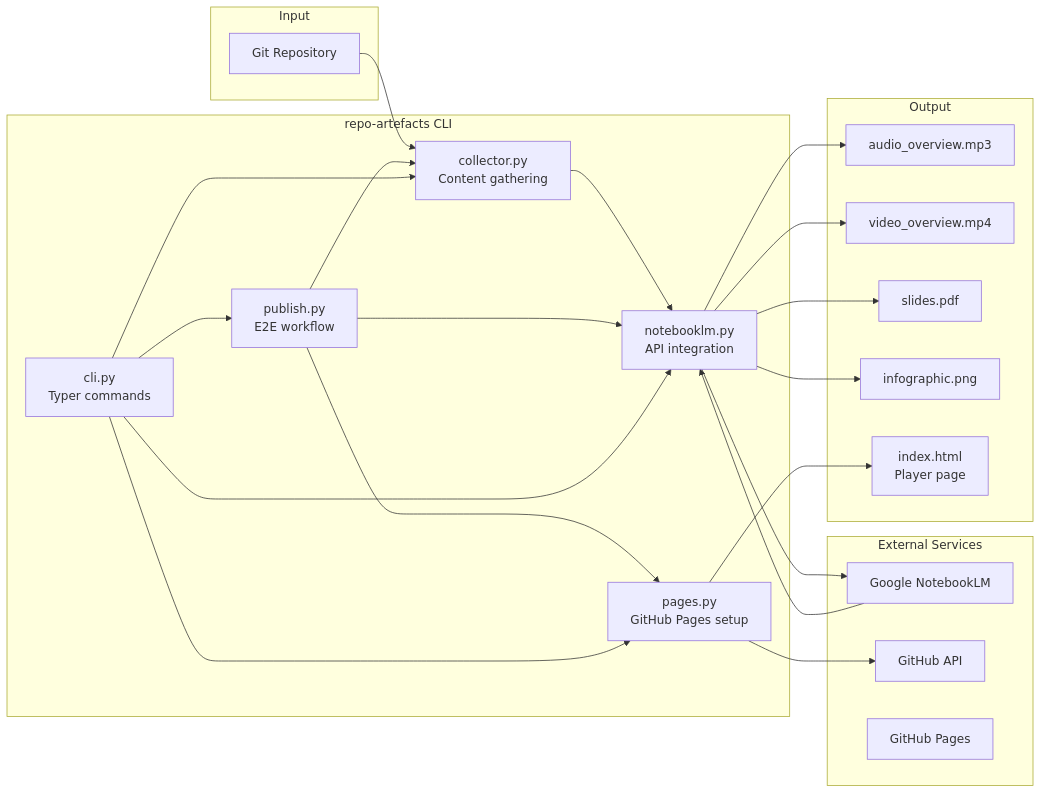
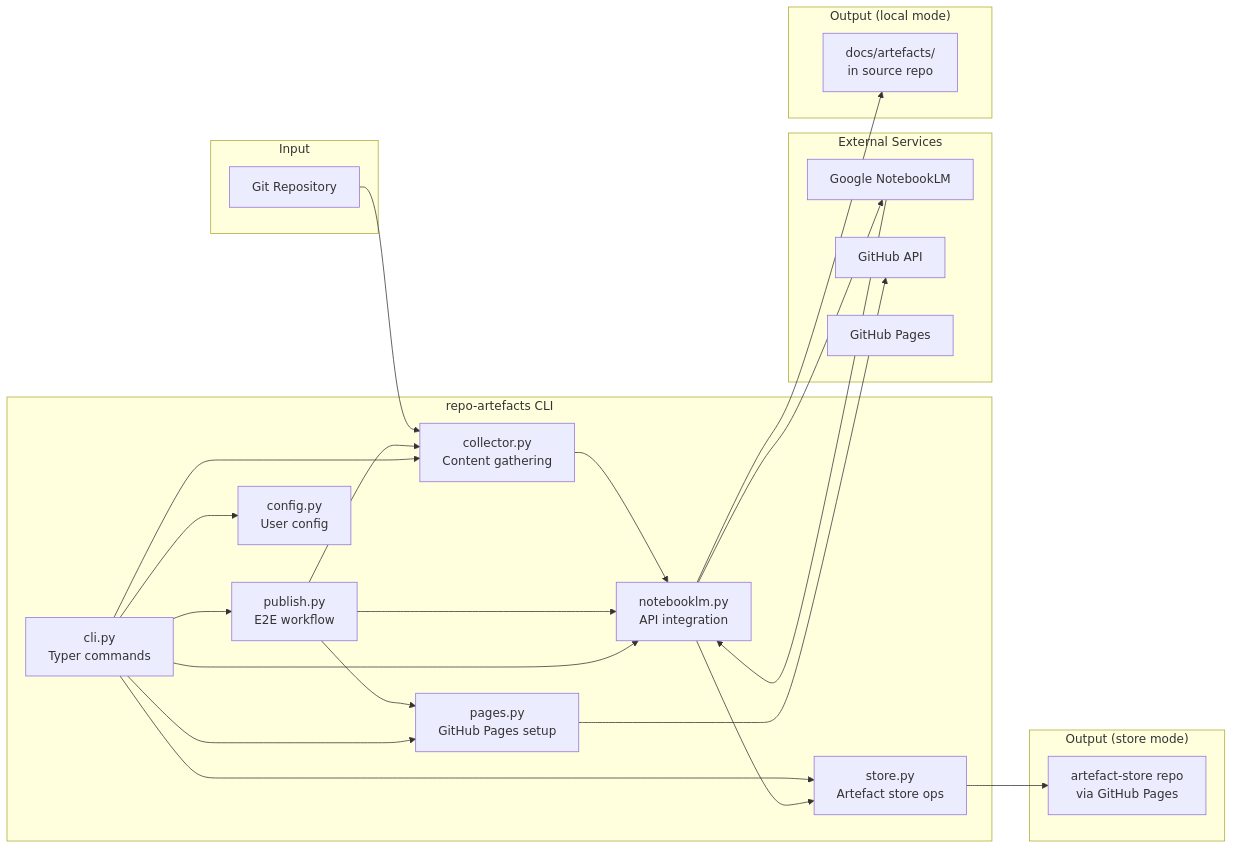
The first of 7 diagrams in docs/codemap.md (NetDevAutomate/notebooklm-repo-artefacts), drawn with Mermaid before and after one commit. The commit also changed other lines of this file and 12 other files, not shown here.

First line of the commit message:
feat: add centralised artefact store with --store flag

````diff
--- a/docs/codemap.md
+++ b/docs/codemap.md
@@ -9,38 +9,41 @@
 ```mermaid
 graph LR
     subgraph "Input"
         REPO[Git Repository]
     end
 
     subgraph "repo-artefacts CLI"
         CLI[cli.py<br/>Typer commands]
         COL[collector.py<br/>Content gathering]
         NLM[notebooklm.py<br/>API integration]
         PG[pages.py<br/>GitHub Pages setup]
         PUB[publish.py<br/>E2E workflow]
+        ST[store.py<br/>Artefact store ops]
+        CFG[config.py<br/>User config]
     end
 
     subgraph "External Services"
         NLMAPI[Google NotebookLM]
         GHAPI[GitHub API]
         GHPAGES[GitHub Pages]
     end
 
-    subgraph "Output"
-        AUDIO[audio_overview.mp3]
-        VIDEO[video_overview.mp4]
-        SLIDES[slides.pdf]
-        INFOG[infographic.png]
-        HTML[index.html<br/>Player page]
+    subgraph "Output (local mode)"
+        LOCAL[docs/artefacts/<br/>in source repo]
+    end
+
+    subgraph "Output (store mode)"
+        STORE[artefact-store repo<br/>via GitHub Pages]
     end
 
     REPO --> COL
     COL --> NLM
     NLM --> NLMAPI
     NLMAPI --> NLM
-    NLM --> AUDIO & VIDEO & SLIDES & INFOG
     PG --> GHAPI
-    PG --> HTML
     PUB --> COL & NLM & PG
-    CLI --> COL & NLM & PG & PUB
+    ST --> STORE
+    CLI --> COL & NLM & PG & PUB & ST & CFG
+    NLM --> LOCAL
+    NLM --> ST
 ```
````
